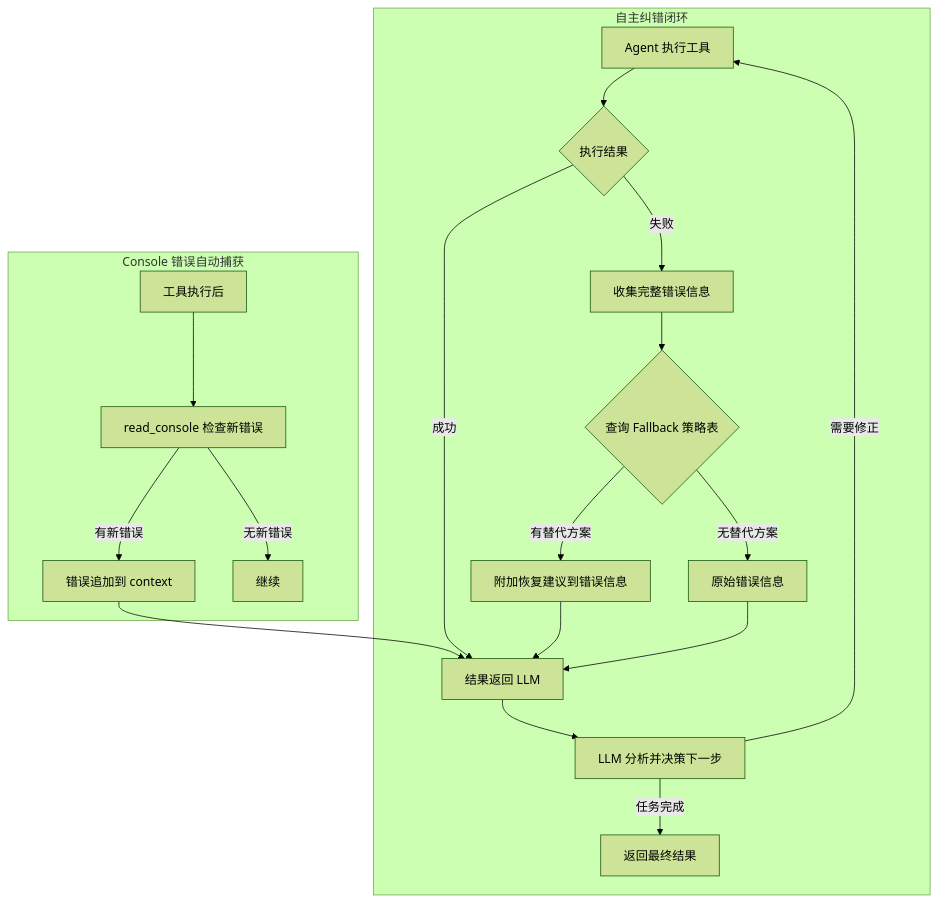
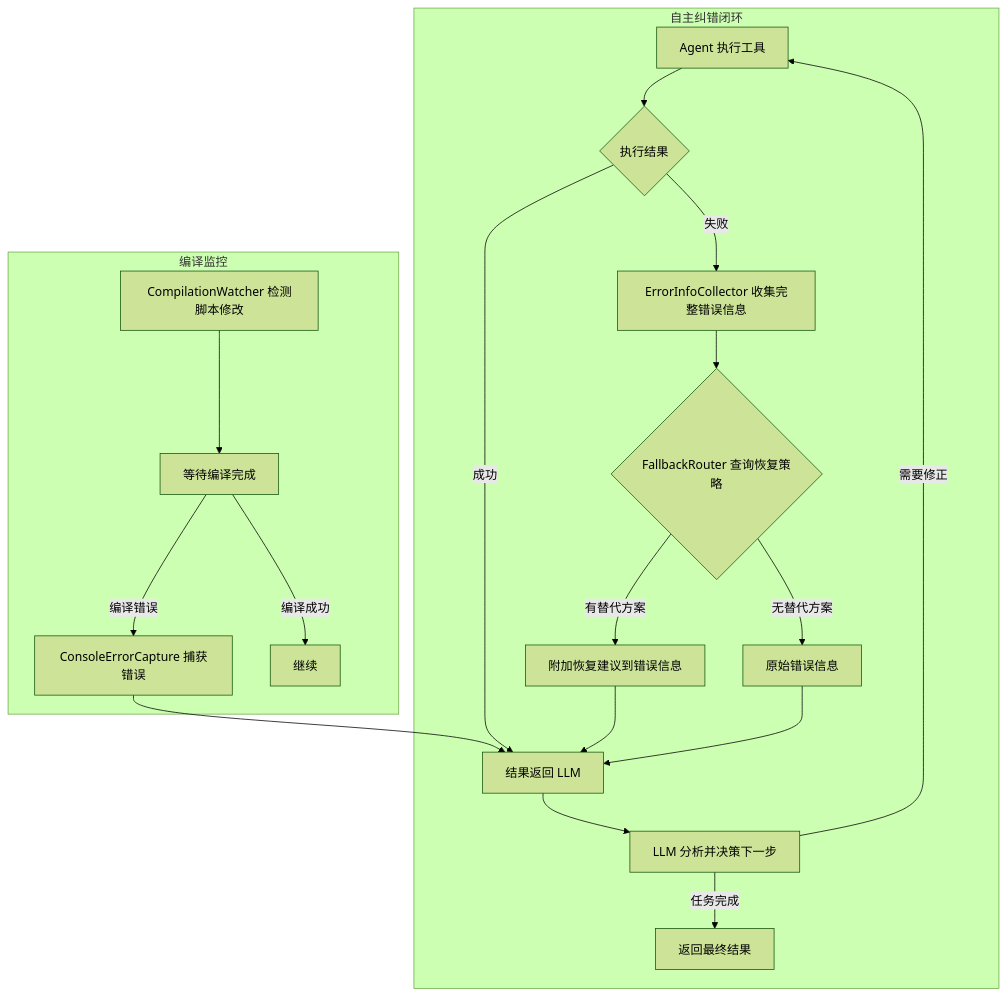
Before and after one commit to BakaAkari/AgentCore-Unity: the fifth of 8 diagrams in plans/ARCHITECTURE.md, drawn with Mermaid (forest theme). The commit also changed other lines of this file and 4 other files, not shown here.

````diff
--- a/plans/ARCHITECTURE.md
+++ b/plans/ARCHITECTURE.md
@@ -916,23 +705,23 @@
 ```mermaid
 graph TB
     subgraph SelfCorrection[自主纠错闭环]
         A[Agent 执行工具] --> B{执行结果}
         B -->|成功| C[结果返回 LLM]
-        B -->|失败| D[收集完整错误信息]
-        D --> E{查询 Fallback 策略表}
+        B -->|失败| D[ErrorInfoCollector 收集完整错误信息]
+        D --> E{FallbackRouter 查询恢复策略}
         E -->|有替代方案| F[附加恢复建议到错误信息]
         E -->|无替代方案| G[原始错误信息]
         F --> C
         G --> C
         C --> H[LLM 分析并决策下一步]
         H -->|需要修正| A
         H -->|任务完成| I[返回最终结果]
     end
     
-    subgraph ConsoleWatch[Console 错误自动捕获]
-        J[工具执行后] --> K[read_console 检查新错误]
-        K -->|有新错误| L[错误追加到 context]
-        K -->|无新错误| M[继续]
+    subgraph CompileWatch[编译监控]
+        J[CompilationWatcher 检测脚本修改] --> K[等待编译完成]
+        K -->|编译错误| L[ConsoleErrorCapture 捕获错误]
         L --> C
+        K -->|编译成功| M[继续]
     end
 ```
````
